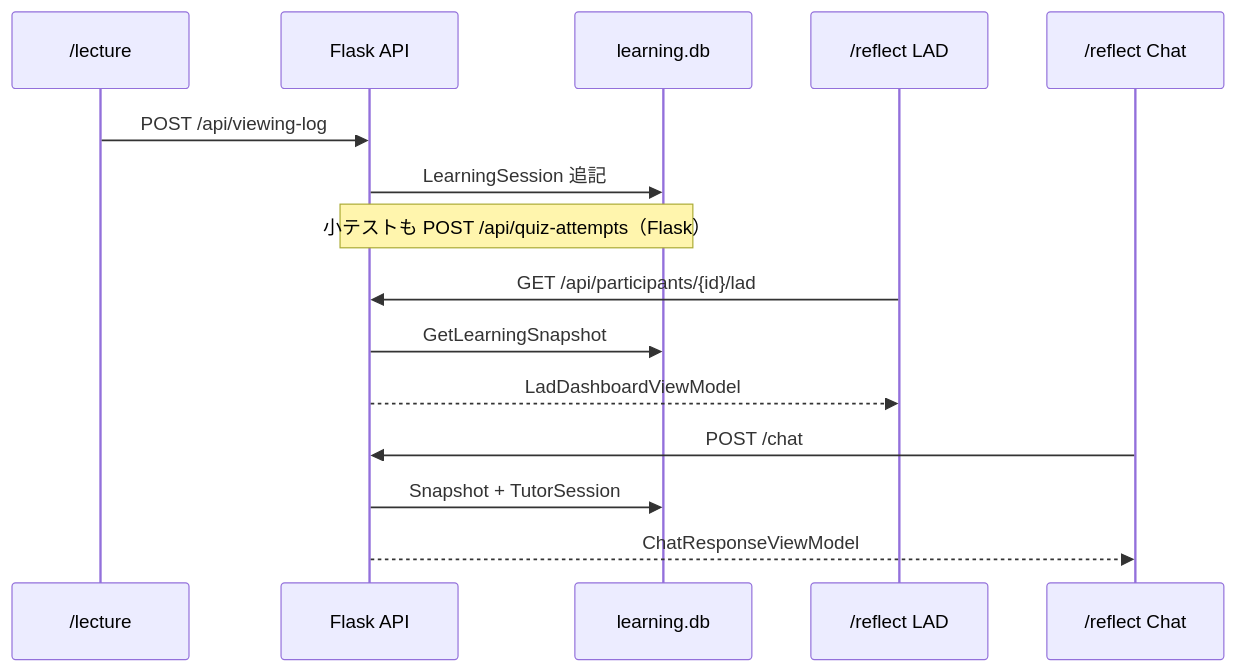
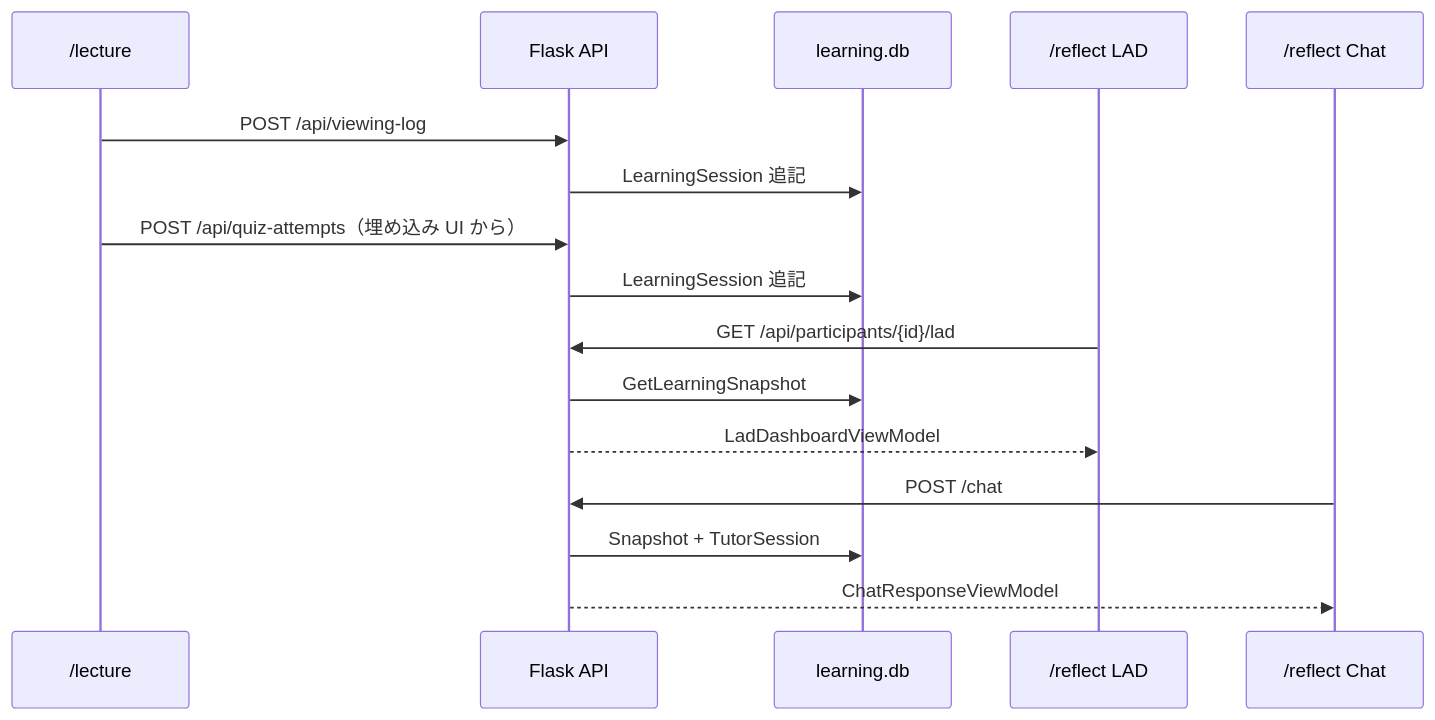
The second of 2 diagrams in docs/spec/framework-drivers-layer.md (Kotan-86/system_support_selfRegulatedLearning), drawn with Mermaid before and after one commit. The commit also changed other lines of this file and 101 other files, not shown here.

````diff
--- a/docs/spec/framework-drivers-layer.md
+++ b/docs/spec/framework-drivers-layer.md
@@ -221,21 +219,22 @@
 ```mermaid
 sequenceDiagram
     participant Video as /lecture
     participant API as Flask API
     participant DB as learning.db
     participant LAD as /reflect LAD
     participant AI as /reflect Chat
 
     Video->>API: POST /api/viewing-log
     API->>DB: LearningSession 追記
 
-    Note over API,DB: 小テストも POST /api/quiz-attempts（Flask）
+    Video->>API: POST /api/quiz-attempts（埋め込み UI から）
+    API->>DB: LearningSession 追記
 
     LAD->>API: GET /api/participants/{id}/lad
     API->>DB: GetLearningSnapshot
     API-->>LAD: LadDashboardViewModel
 
     AI->>API: POST /chat
     API->>DB: Snapshot + TutorSession
     API-->>AI: ChatResponseViewModel
 ```
````
